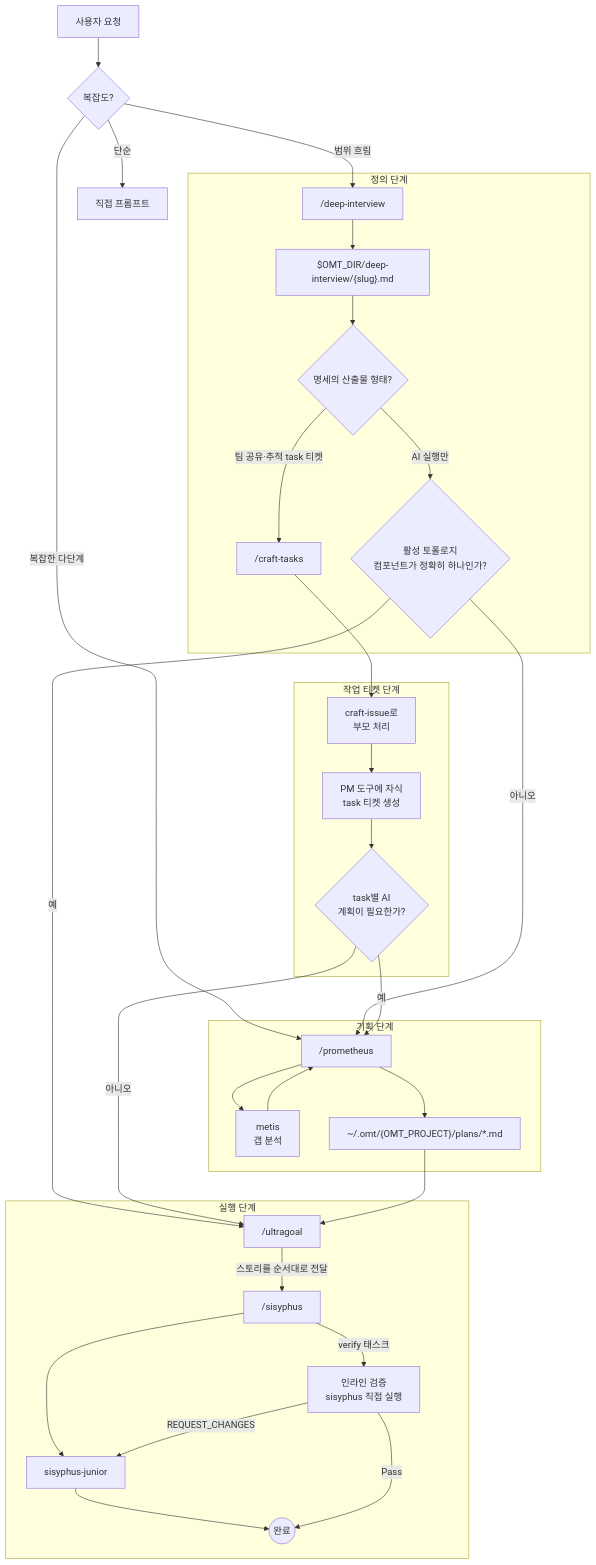
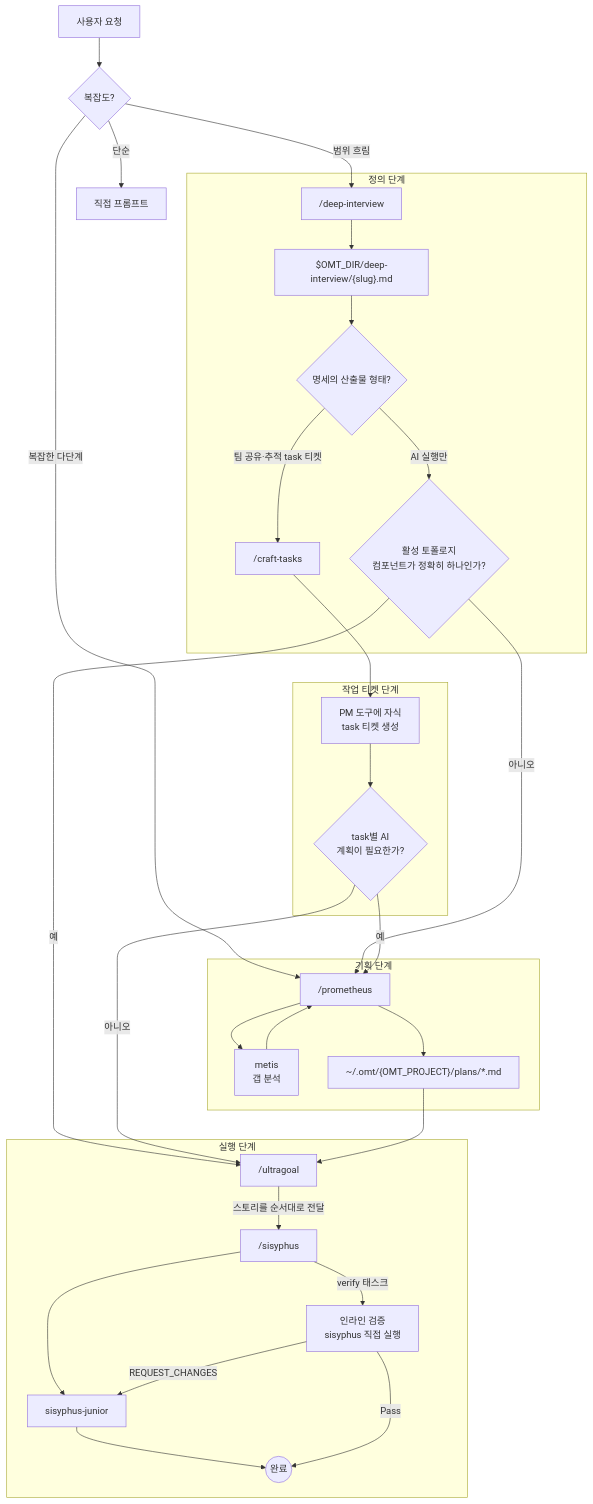
Before and after one commit to toongri/oh-my-toong-playground: the diagram in docs/ORCHESTRATION.md, drawn with Mermaid. The commit also changed other lines of this file and 3 other files, not shown here.

Commit message:
docs: craft-tasks 쓰기 흐름 문서 갱신

````diff
--- a/docs/ORCHESTRATION.md
+++ b/docs/ORCHESTRATION.md
@@ -59,41 +59,40 @@
 ```mermaid
 flowchart TD
     User[사용자 요청] --> Decision{복잡도?}
 
     Decision -->|단순| Direct[직접 프롬프트]
     Decision -->|범위 흐림| DeepInterview["/deep-interview"]
     Decision -->|복잡한 다단계| Prometheus
 
     subgraph 정의 단계
         DeepInterview --> SpecFile["$OMT_DIR/deep-interview/{slug}.md"]
         SpecFile --> Output{명세의 산출물 형태?}
         Output -->|팀 공유·추적 task 티켓| CraftTasks["/craft-tasks"]
         Output -->|AI 실행만| Route{활성 토폴로지<br/>컴포넌트가 정확히 하나인가?}
     end
 
     subgraph 작업 티켓 단계
-        CraftTasks --> Parent["craft-issue로<br/>부모 처리"]
-        Parent --> ChildTickets["PM 도구에 자식<br/>task 티켓 생성"]
+        CraftTasks --> ChildTickets["PM 도구에 자식<br/>task 티켓 생성"]
         ChildTickets --> TaskPlan{task별 AI<br/>계획이 필요한가?}
     end
 
     subgraph 기획 단계
         Route -->|아니오| Prometheus["/prometheus"]
         TaskPlan -->|예| Prometheus
         Prometheus --> Metis[metis<br/>갭 분석]
         Metis --> Prometheus
         Prometheus --> PlanFile["~/.omt/{OMT_PROJECT}/plans/*.md"]
     end
 
     subgraph 실행 단계
         Route -->|예| Ultragoal["/ultragoal"]
         TaskPlan -->|아니오| Ultragoal
         PlanFile --> Ultragoal
         Ultragoal -->|스토리를 순서대로 전달| Sisyphus["/sisyphus"]
         Sisyphus --> Junior[sisyphus-junior]
         Junior --> Done((완료))
         Sisyphus -->|verify 태스크| QA[인라인 검증<br/>sisyphus 직접 실행]
         QA -->|Pass| Done
         QA -->|REQUEST_CHANGES| Junior
     end
 ```
````
